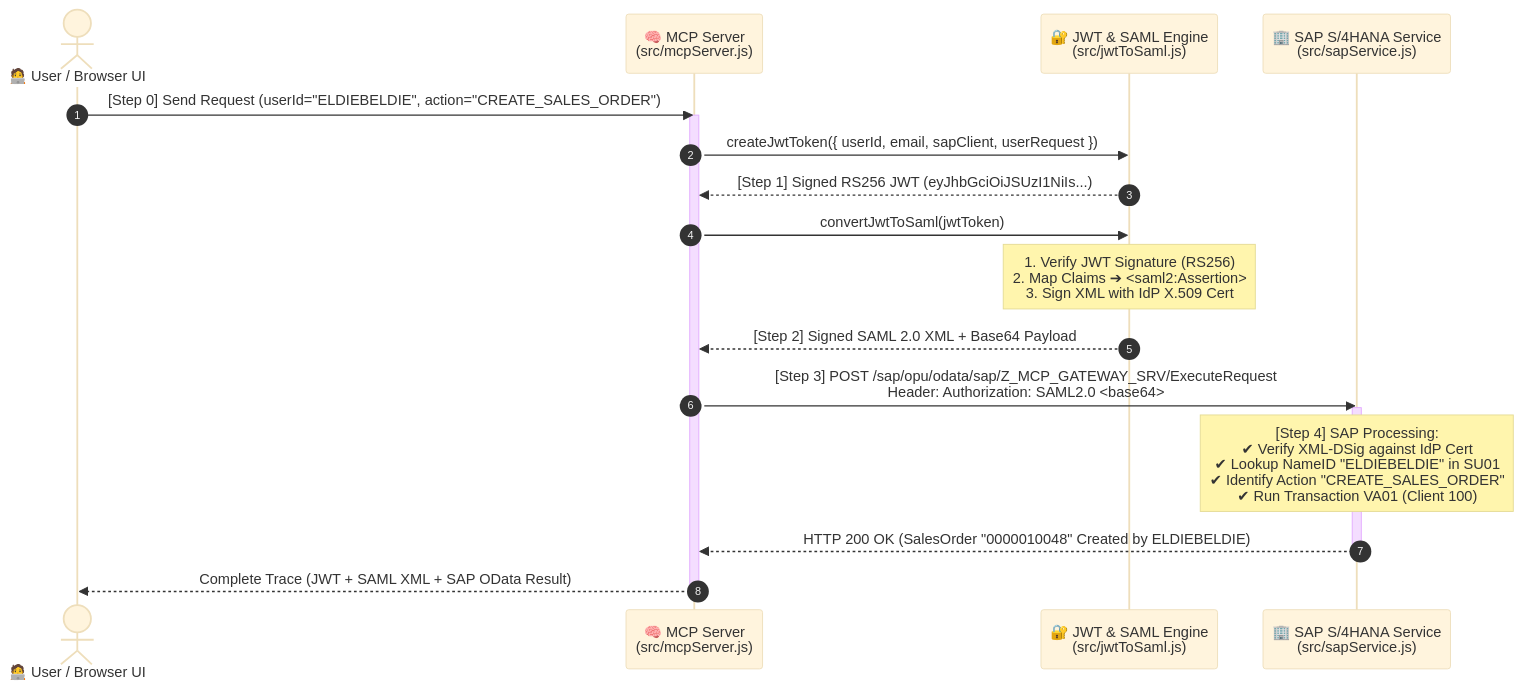
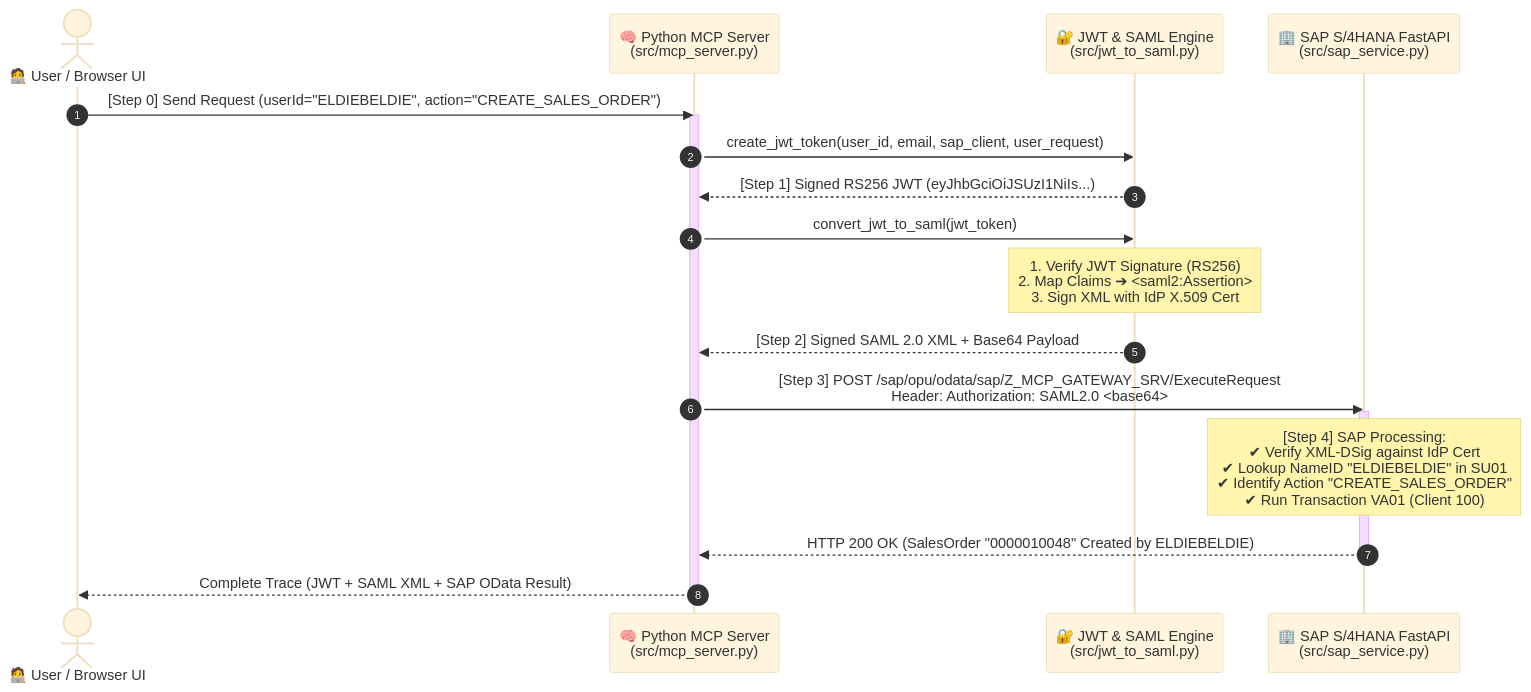
One commit to eldarfundbox/jwttosaml changed the second of 3 diagrams in README.md. Above: the diagram before and after it, drawn with Mermaid (base theme). The commit also changed other lines of this file and 1 other file, not shown here.

Commit message:
docs: update English and Hebrew READMEs for Python runtime and FastAPI stack

````diff
--- a/README.md
+++ b/README.md
@@ -82,26 +83,26 @@
 ```mermaid
 sequenceDiagram
     autonumber
     actor User as 🧑‍💻 User / Browser UI
-    participant MCP as 🧠 MCP Server<br/>(src/mcpServer.js)
-    participant Crypto as 🔐 JWT & SAML Engine<br/>(src/jwtToSaml.js)
-    participant SAP as 🏢 SAP S/4HANA Service<br/>(src/sapService.js)
+    participant MCP as 🧠 Python MCP Server<br/>(src/mcp_server.py)
+    participant Crypto as 🔐 JWT & SAML Engine<br/>(src/jwt_to_saml.py)
+    participant SAP as 🏢 SAP S/4HANA FastAPI<br/>(src/sap_service.py)
 
     User->>MCP: [Step 0] Send Request (userId="ELDIEBELDIE", action="CREATE_SALES_ORDER")
     activate MCP
-    MCP->>Crypto: createJwtToken({ userId, email, sapClient, userRequest })
+    MCP->>Crypto: create_jwt_token(user_id, email, sap_client, user_request)
     Crypto-->>MCP: [Step 1] Signed RS256 JWT (eyJhbGciOiJSUzI1NiIs...)
 
-    MCP->>Crypto: convertJwtToSaml(jwtToken)
+    MCP->>Crypto: convert_jwt_to_saml(jwt_token)
     Note over Crypto: 1. Verify JWT Signature (RS256)<br/>2. Map Claims ➔ <saml2:Assertion><br/>3. Sign XML with IdP X.509 Cert
     Crypto-->>MCP: [Step 2] Signed SAML 2.0 XML + Base64 Payload
 
     MCP->>SAP: [Step 3] POST /sap/opu/odata/sap/Z_MCP_GATEWAY_SRV/ExecuteRequest<br/>Header: Authorization: SAML2.0 <base64>
     activate SAP
     Note over SAP: [Step 4] SAP Processing:<br/>✔ Verify XML-DSig against IdP Cert<br/>✔ Lookup NameID "ELDIEBELDIE" in SU01<br/>✔ Identify Action "CREATE_SALES_ORDER"<br/>✔ Run Transaction VA01 (Client 100)
     SAP-->>MCP: HTTP 200 OK (SalesOrder "0000010048" Created by ELDIEBELDIE)
     deactivate SAP
 
     MCP-->>User: Complete Trace (JWT + SAML XML + SAP OData Result)
     deactivate MCP
 ```
````
